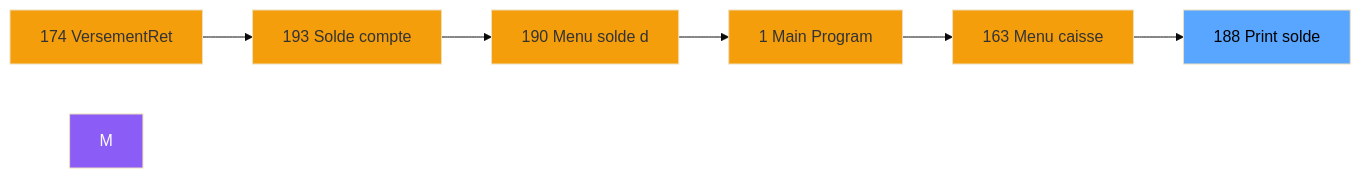
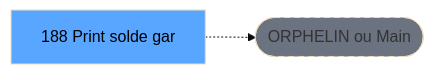
The second of 3 diagrams in .openspec/specs/ADH-IDE-188.md (thonyAGP/lecteur-magic), drawn with Mermaid (base theme) before and after one commit. The commit also changed other lines of this file and 701 other files, not shown here.

````diff
--- a/.openspec/specs/ADH-IDE-188.md
+++ b/.openspec/specs/ADH-IDE-188.md
@@ -116,21 +121,8 @@
 ```mermaid
 graph LR
-    N174[174 VersementRet]
-    N193[193 Solde compte]
-    N190[190 Menu solde d]
-    N1[1 Main Program]
-    N163[163 Menu caisse ]
-    T[188 Print solde ]
-    N174 --> N193
-    N193 --> N190
-    N190 --> N1
-    N1 --> N163
-    N163 --> T
-    style M fill:#8b5cf6,color:#fff
-    style N174 fill:#f59e0b
-    style N193 fill:#f59e0b
-    style N190 fill:#f59e0b
-    style N1 fill:#f59e0b
-    style N163 fill:#f59e0b
+    T[188 Print solde gar]
+    ORPHAN([ORPHELIN ou Main])
+    T -.-> ORPHAN
     style T fill:#58a6ff,color:#000
+    style ORPHAN fill:#6b7280,stroke-dasharray: 5 5
 ```
````
